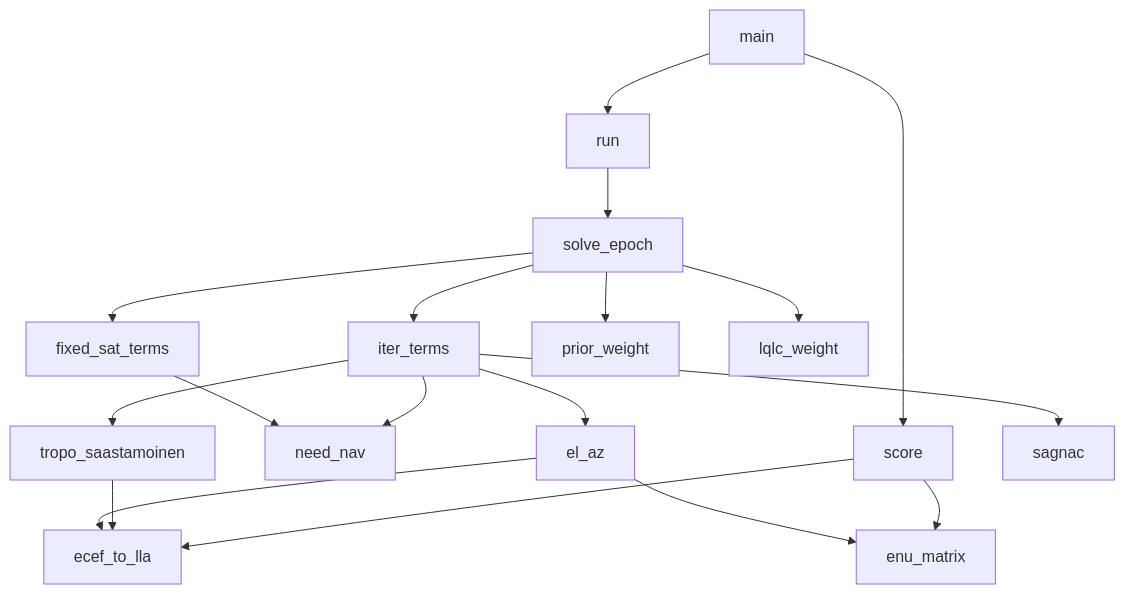
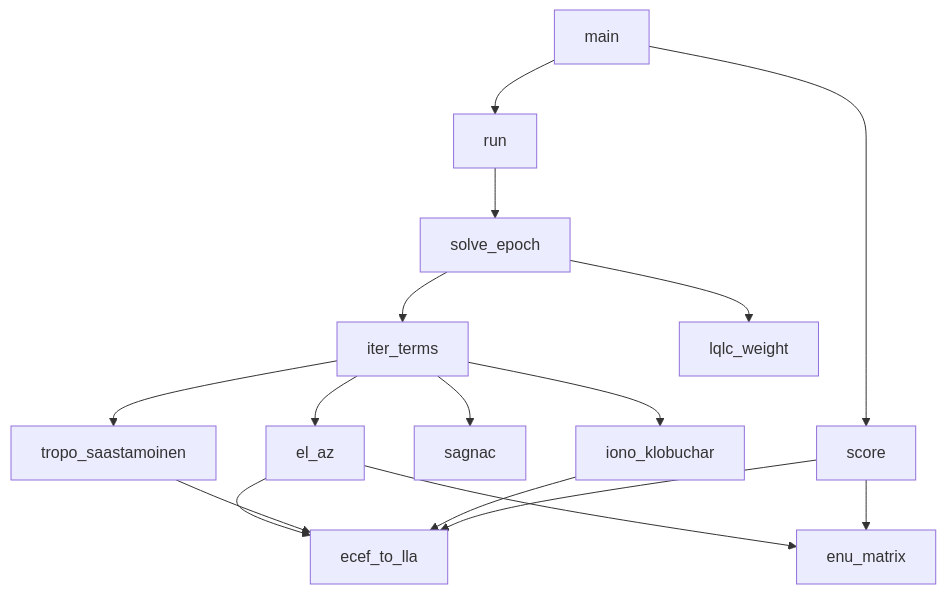
One commit to sing456123/FYP changed the sixth of 11 diagrams in README.md. Above: the diagram before and after it, drawn with Mermaid. The commit also changed other lines of this file and 12 other files, not shown here.

````diff
--- a/README.md
+++ b/README.md
@@ -82,16 +111,14 @@
 ```mermaid
 flowchart TB
     main --> run --> solve_epoch
     main --> score
-    solve_epoch --> fixed_sat_terms --> need_nav
     solve_epoch --> iter_terms
-    solve_epoch --> prior_weight
     solve_epoch --> lqlc_weight
     iter_terms --> el_az --> ecef_to_lla
     el_az --> enu_matrix
+    iter_terms --> sagnac
     iter_terms --> tropo_saastamoinen --> ecef_to_lla
-    iter_terms --> sagnac
-    iter_terms --> need_nav
+    iter_terms --> iono_klobuchar --> ecef_to_lla
     score --> ecef_to_lla
     score --> enu_matrix
 ```
````
